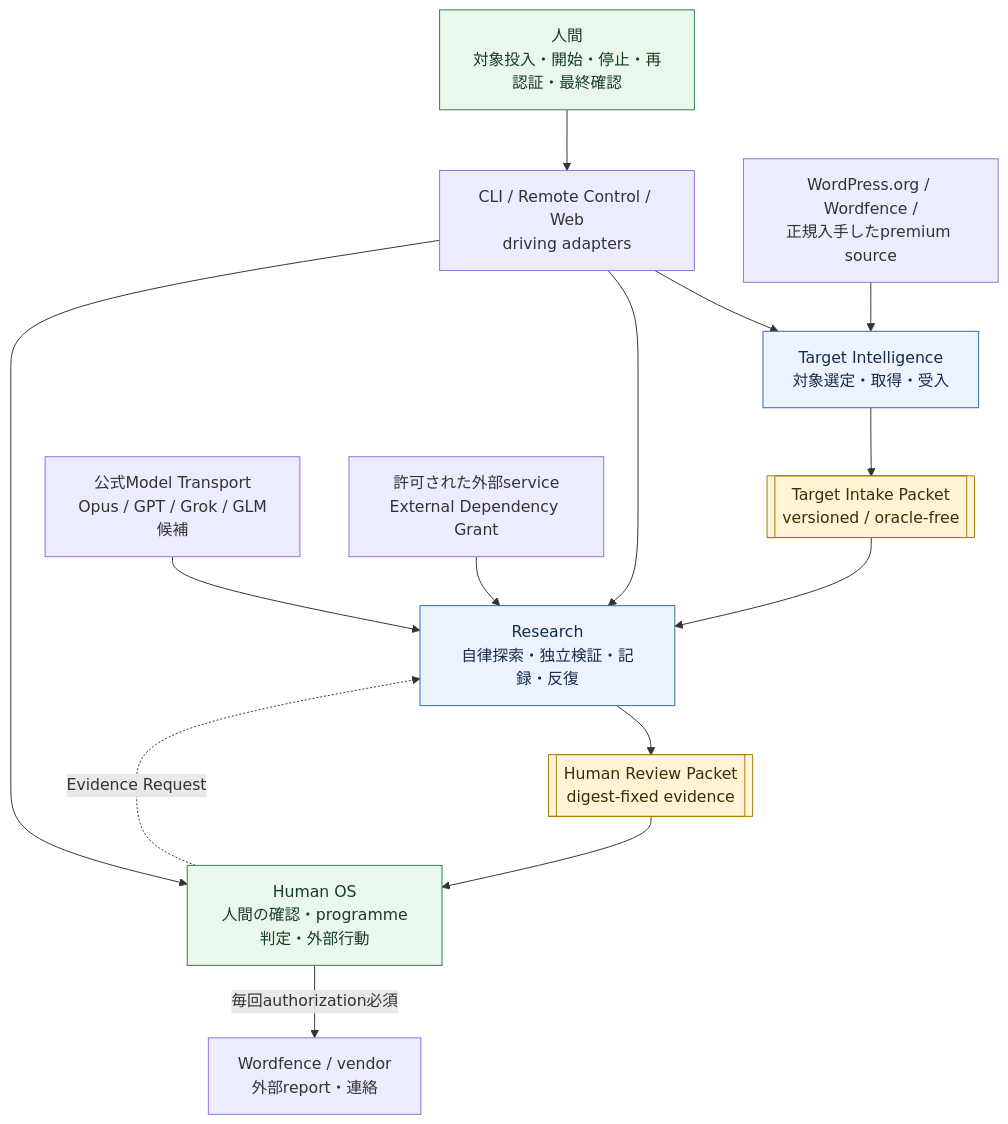
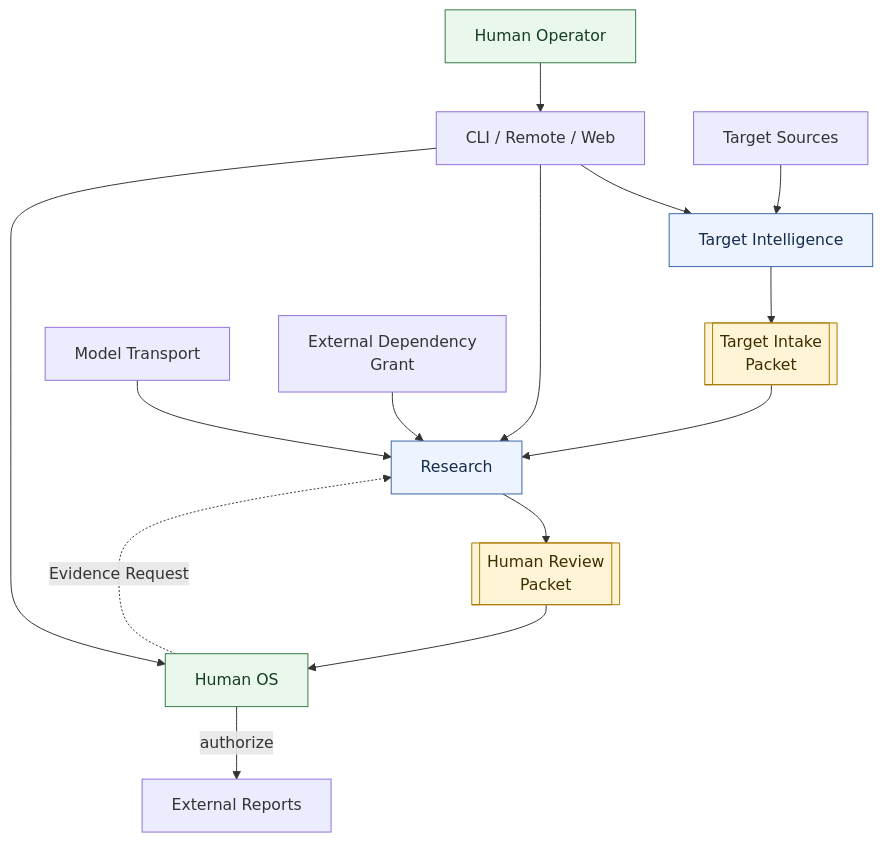
Before and after one commit to momoponwork1415-lgtm/wordpress-harness: the first of 3 diagrams in docs/design/architecture-overview.md, drawn with Mermaid. The commit also changed other lines of this file and 5 other files, not shown here.

````diff
--- a/docs/design/architecture-overview.md
+++ b/docs/design/architecture-overview.md
@@ -9,35 +11,35 @@
 ```mermaid
 flowchart TB
-    operator["人間<br/>対象投入・開始・停止・再認証・最終確認"]
-    adapters["CLI / Remote Control / Web<br/>driving adapters"]
-    feeds["WordPress.org / Wordfence /<br/>正規入手したpremium source"]
+    operator["Human Operator"]
+    adapters["CLI / Remote / Web"]
+    feeds["Target Sources"]
 
-    ti["Target Intelligence<br/>対象選定・取得・受入"]
-    intake[["Target Intake Packet<br/>versioned / oracle-free"]]
-    research["Research<br/>自律探索・独立検証・記録・反復"]
-    packet[["Human Review Packet<br/>digest-fixed evidence"]]
-    human["Human OS<br/>人間の確認・programme判定・外部行動"]
-    reports["Wordfence / vendor<br/>外部report・連絡"]
+    ti["Target Intelligence"]
+    intake[["Target Intake<br/>Packet"]]
+    research["Research"]
+    packet[["Human Review<br/>Packet"]]
+    human["Human OS"]
+    reports["External Reports"]
 
-    models["公式Model Transport<br/>Opus / GPT / Grok / GLM候補"]
-    dependencies["許可された外部service<br/>External Dependency Grant"]
+    models["Model Transport"]
+    dependencies["External Dependency<br/>Grant"]
 
     operator --> adapters
     feeds --> ti
     adapters --> ti
     ti --> intake --> research
     adapters --> research
     models --> research
     dependencies --> research
     research --> packet --> human
     adapters --> human
-    human -->|"毎回authorization必須"| reports
+    human -->|"authorize"| reports
     human -. "Evidence Request" .-> research
 
     classDef context fill:#edf4ff,stroke:#3767a6,color:#172b4d;
     classDef durable fill:#fff5d6,stroke:#a87800,color:#3f2d00;
     classDef human fill:#e9f7ed,stroke:#337a46,color:#173d22;
     class ti,research context;
     class intake,packet durable;
     class operator,human human;
 ```
````
